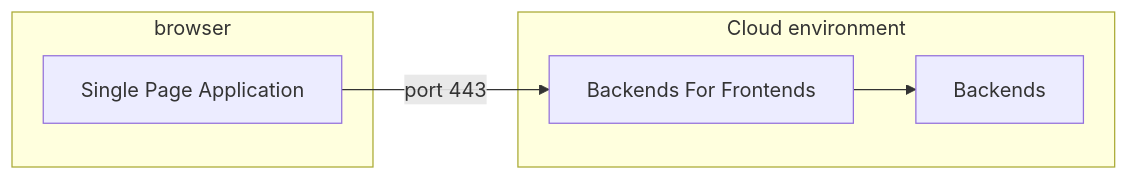
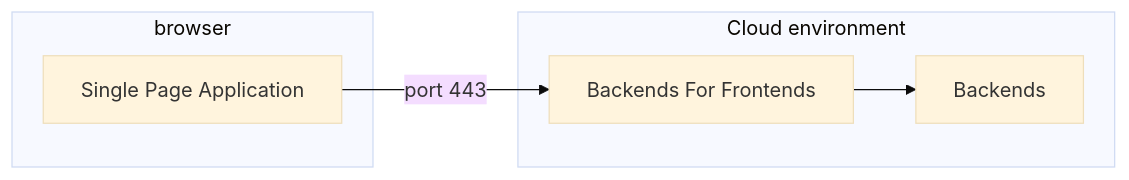
One commit to slamdunk729/ansible2 changed the diagram in README.md. Above: the diagram before and after it, drawn with Mermaid.

````diff
--- a/README.md
+++ b/README.md
@@ -1,13 +1,15 @@
 ```mermaid
+%%{init:{'theme':'base'}}%%
+
 graph LR
   SPA["Single Page Application"]
   BFF["Backends For Frontends"]
   BE["Backends"]
   subgraph browser
     SPA
   end
   subgraph cloud["Cloud environment"]
     BFF --> BE
   end
   SPA -- port 443 --> BFF
 ```
````
